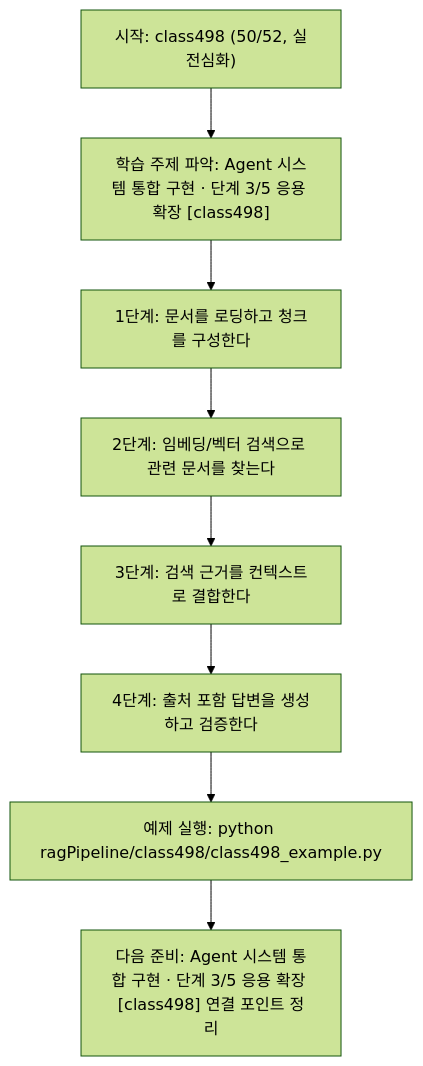
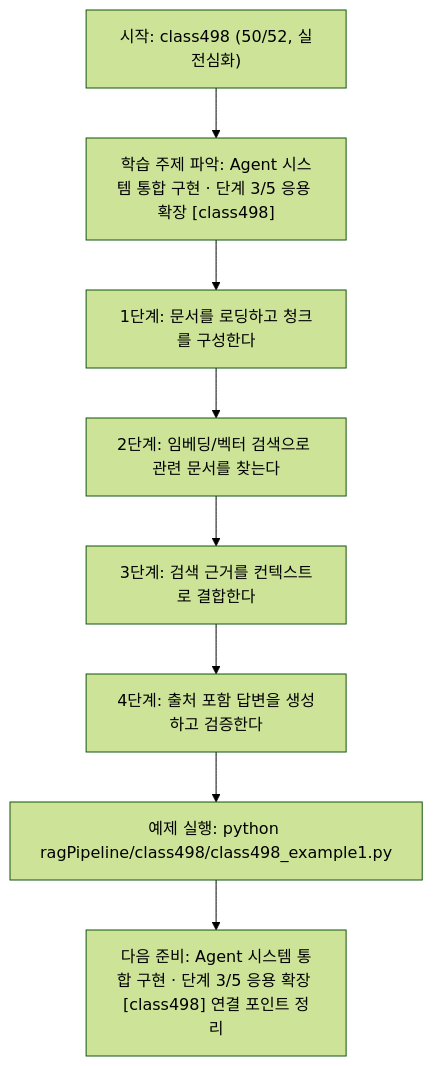
The diagram in ragPipeline/class498/class498.md (edumgt/Python-AI_Agent-Class), drawn with Mermaid (forest theme) before and after one commit. The commit also changed other lines of this file and 2959 other files, not shown here.

````diff
--- a/ragPipeline/class498/class498.md
+++ b/ragPipeline/class498/class498.md
@@ -112,18 +112,18 @@
 ```mermaid
 flowchart TD
 N1["시작: class498 (50/52, 실전심화)"]
 N2["학습 주제 파악: Agent 시스템 통합 구현 · 단계 3/5 응용 확장 [class498]"]
 N3["1단계: 문서를 로딩하고 청크를 구성한다"]
 N4["2단계: 임베딩/벡터 검색으로 관련 문서를 찾는다"]
 N5["3단계: 검색 근거를 컨텍스트로 결합한다"]
 N6["4단계: 출처 포함 답변을 생성하고 검증한다"]
-N7["예제 실행: python ragPipeline/class498/class498_example.py"]
+N7["예제 실행: python ragPipeline/class498/class498_example1.py"]
 N8["다음 준비: Agent 시스템 통합 구현 · 단계 3/5 응용 확장 [class498] 연결 포인트 정리"]
 N1 --> N2
 N2 --> N3
 N3 --> N4
 N4 --> N5
 N5 --> N6
 N6 --> N7
 N7 --> N8
 ```
````
